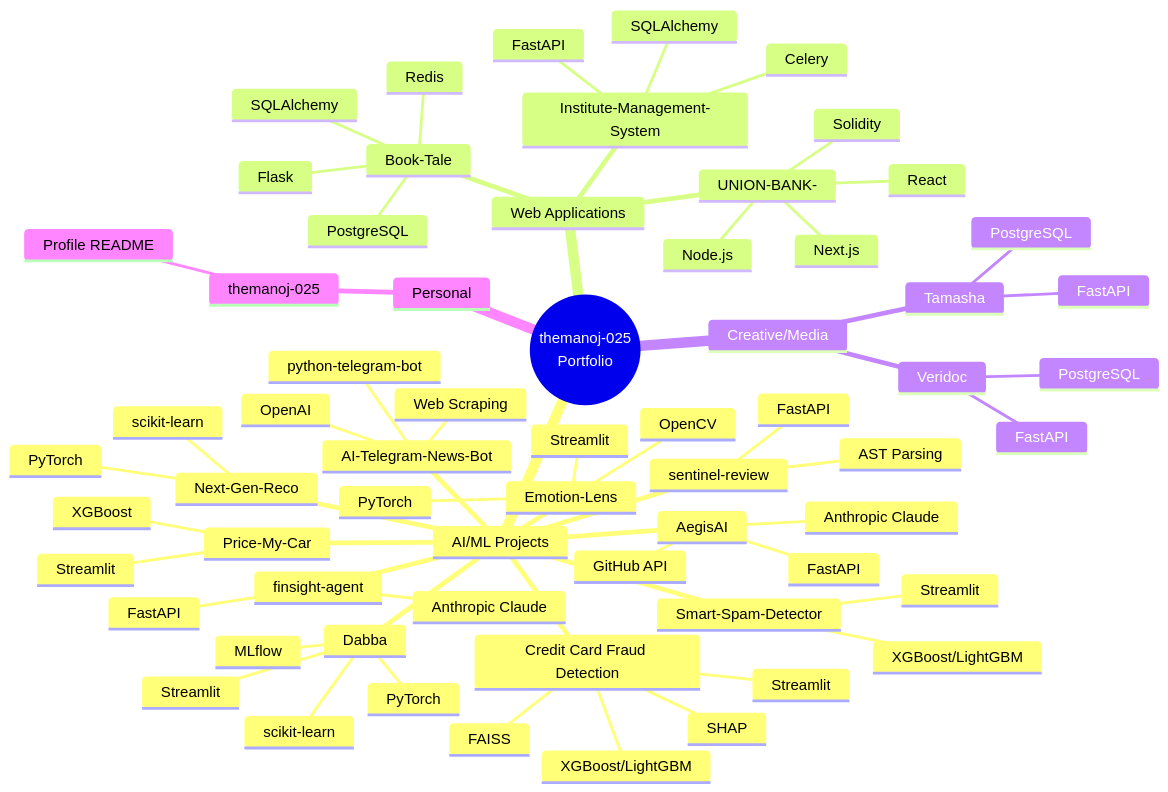
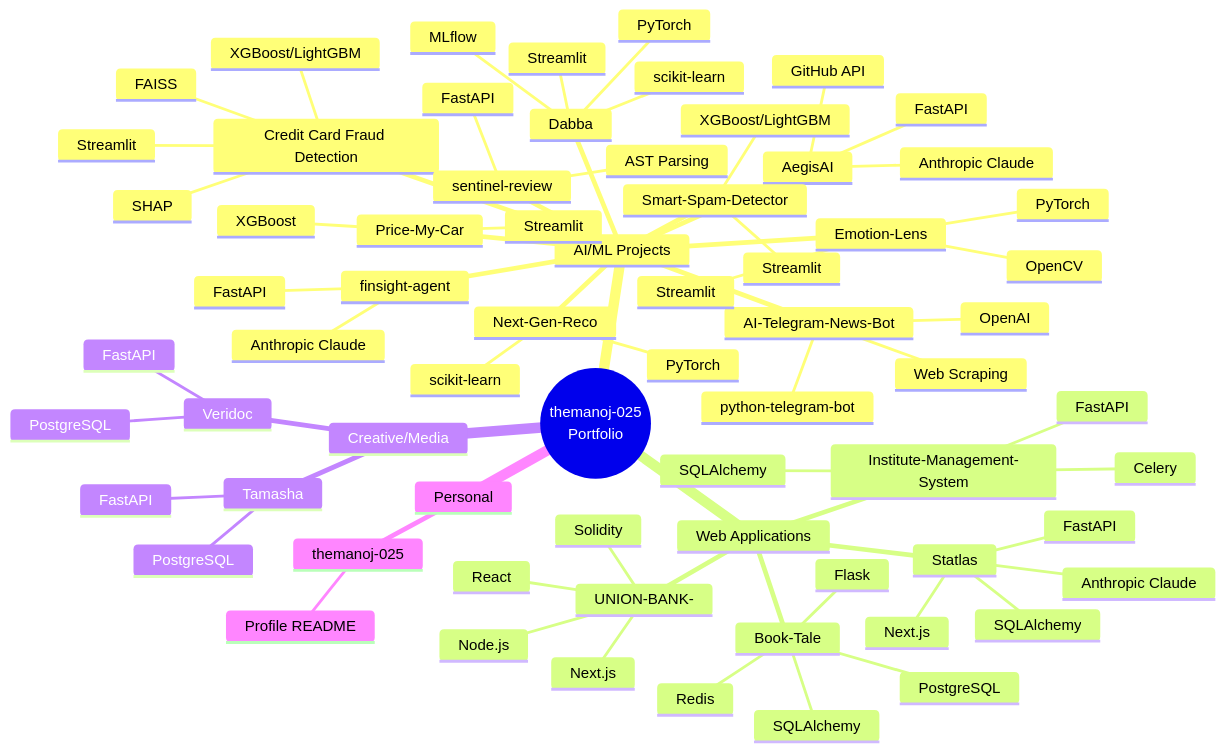
Before and after one commit to themanoj-025/themanoj-025: the first of 10 diagrams in docs/portfolio/PORTFOLIO_ARCHITECTURE.md, drawn with Mermaid. The commit also changed 2 other files, not shown here.

Commit message:
feat(readme): expand Technical Arsenal with 20 skill sections and full verification matrix

````diff
--- a/docs/portfolio/PORTFOLIO_ARCHITECTURE.md
+++ b/docs/portfolio/PORTFOLIO_ARCHITECTURE.md
@@ -19,67 +19,72 @@
 ```mermaid
 mindmap
   root((themanoj-025<br/>Portfolio))
     AI/ML Projects
       AegisAI
         FastAPI
         Anthropic Claude
         GitHub API
       AI-Telegram-News-Bot
         python-telegram-bot
         OpenAI
         Web Scraping
       Credit Card Fraud Detection
         XGBoost/LightGBM
         SHAP
         FAISS
         Streamlit
       Dabba
         scikit-learn
         PyTorch
         MLflow
         Streamlit
       Emotion-Lens
         PyTorch
         OpenCV
         Streamlit
       finsight-agent
         Anthropic Claude
         FastAPI
       Next-Gen-Reco
         scikit-learn
         PyTorch
       Price-My-Car
         XGBoost
         Streamlit
       sentinel-review
         FastAPI
         AST Parsing
       Smart-Spam-Detector
         XGBoost/LightGBM
         Streamlit
     Web Applications
       Book-Tale
         Flask
         SQLAlchemy
         PostgreSQL
         Redis
       Institute-Management-System
         FastAPI
         SQLAlchemy
         Celery
+      Statlas
+        FastAPI
+        SQLAlchemy
+        Next.js
+        Anthropic Claude
       UNION-BANK-
         React
         Next.js
         Node.js
         Solidity
     Creative/Media
       Tamasha
         FastAPI
         PostgreSQL
       Veridoc
         FastAPI
         PostgreSQL
     Personal
       themanoj-025
         Profile README
 ```
````
